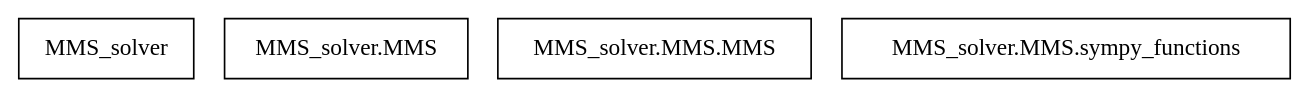
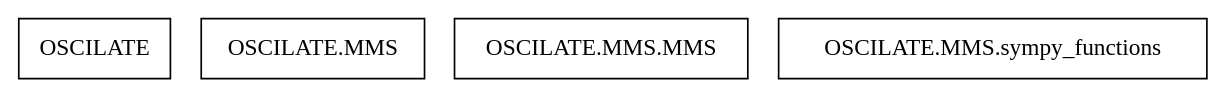
The diagram in docs/source/architecture/packages_MMS.dot (VinceECN/OSCILATE), drawn with Graphviz before and after one commit. The commit also changed 31 other files, not shown here.

Commit message:
change repo and package name from MMS_solver to OSCILATE (oscilate, respectively)

```diff
--- a/docs/source/architecture/packages_MMS.dot
+++ b/docs/source/architecture/packages_MMS.dot
@@ -1,8 +1,8 @@
 digraph "packages_MMS" {
 rankdir=BT
 charset="utf-8"
-"MMS_solver" [color="black", label=<MMS_solver>, shape="box", style="solid"];
-"MMS_solver.MMS" [color="black", label=<MMS_solver.MMS>, shape="box", style="solid"];
-"MMS_solver.MMS.MMS" [color="black", label=<MMS_solver.MMS.MMS>, shape="box", style="solid"];
-"MMS_solver.MMS.sympy_functions" [color="black", label=<MMS_solver.MMS.sympy_functions>, shape="box", style="solid"];
+"OSCILATE" [color="black", label=<OSCILATE>, shape="box", style="solid"];
+"OSCILATE.MMS" [color="black", label=<OSCILATE.MMS>, shape="box", style="solid"];
+"OSCILATE.MMS.MMS" [color="black", label=<OSCILATE.MMS.MMS>, shape="box", style="solid"];
+"OSCILATE.MMS.sympy_functions" [color="black", label=<OSCILATE.MMS.sympy_functions>, shape="box", style="solid"];
 }
```
